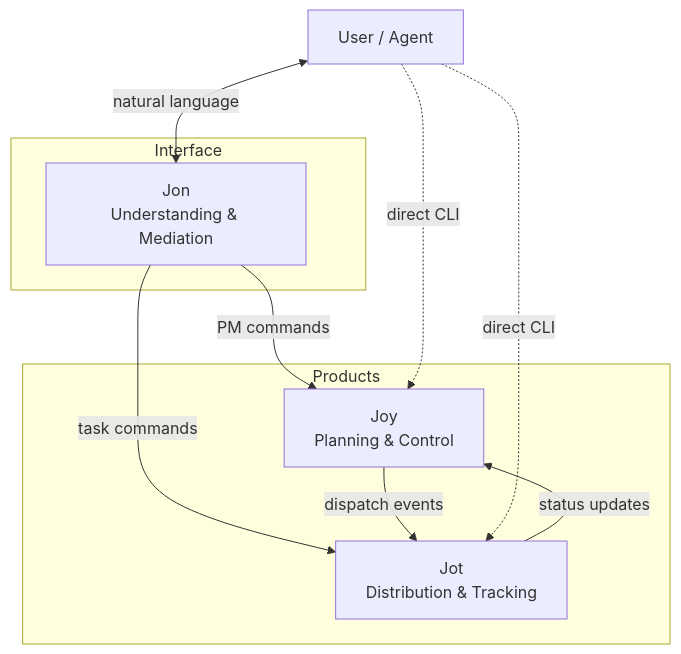
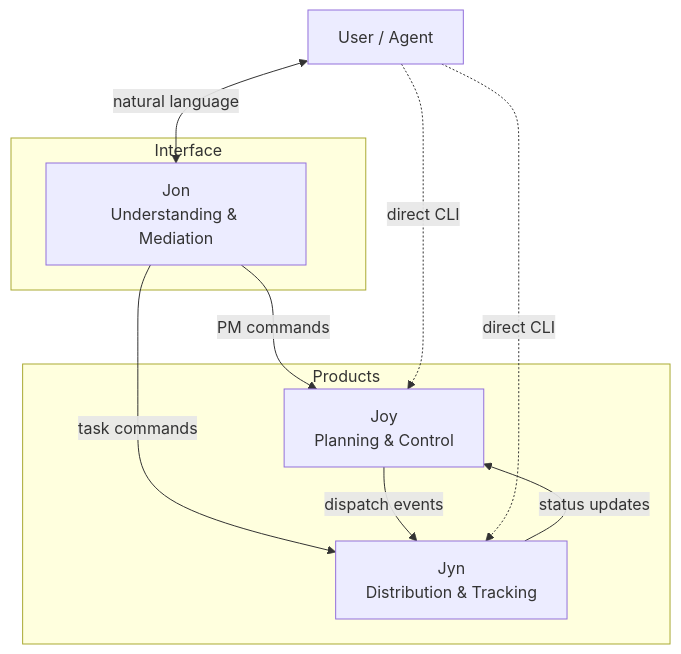
Before and after one commit to joyint/jon: the second of 2 diagrams in docs/dev/vision/README.md, drawn with Mermaid. The commit also changed other lines of this file and 7 other files, not shown here.

First line of the commit message:
chore: rename jot references to jyn across jon [no-item]

````diff
--- a/docs/dev/vision/README.md
+++ b/docs/dev/vision/README.md
@@ -202,20 +202,20 @@
 ```mermaid
 flowchart TD
     subgraph Products
         JOY[Joy<br>Planning & Control]
-        JOT[Jot<br>Distribution & Tracking]
+        JOT[Jyn<br>Distribution & Tracking]
     end
 
     subgraph Interface
         JON[Jon<br>Understanding & Mediation]
     end
 
     JON -->|PM commands| JOY
     JON -->|task commands| JOT
     JOY -->|dispatch events| JOT
     JOT -->|status updates| JOY
 
     U[User / Agent] <-->|natural language| JON
     U -.->|direct CLI| JOY
     U -.->|direct CLI| JOT
 ```
````
